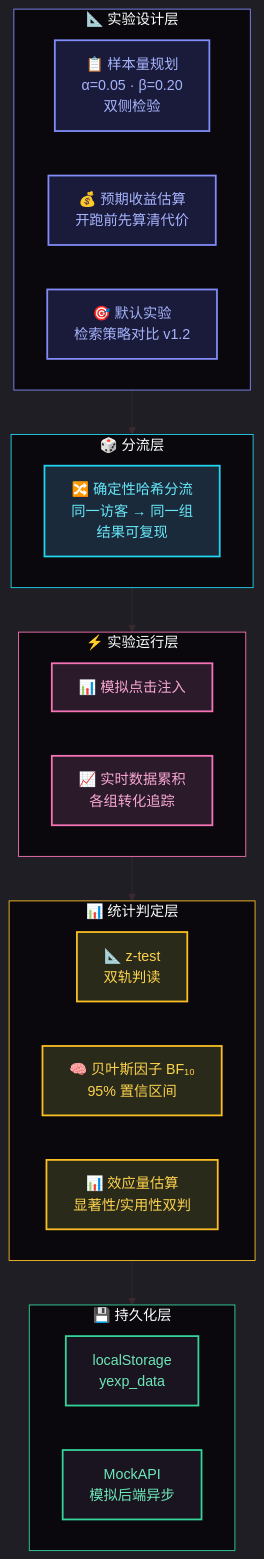
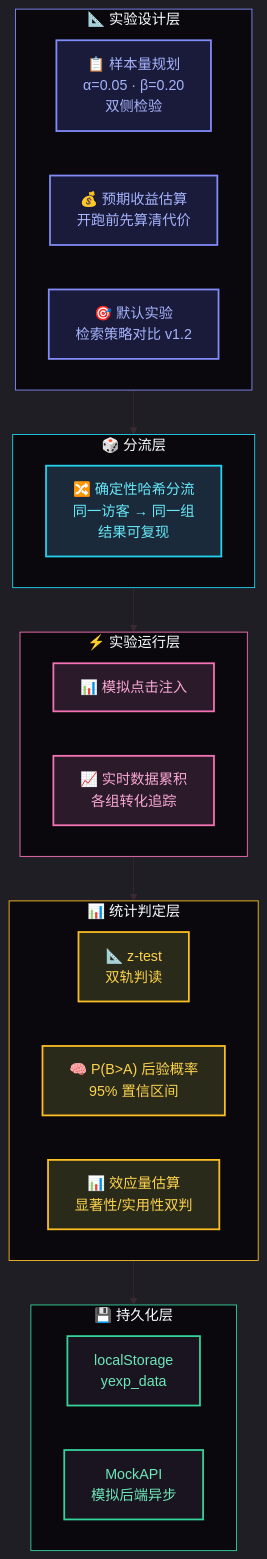
One commit to HelloMInd-star/ymine-validation-hub changed the second of 4 diagrams in README.md. Above: the diagram before and after it, drawn with Mermaid. The commit also changed other lines of this file and 12 other files, not shown here.

````diff
--- a/README.md
+++ b/README.md
@@ -123,54 +124,54 @@
 ```mermaid
 %%{init: {'theme': 'dark', 'themeVariables': {
   'background': '#0a080c',
   'primaryColor': '#818CF8',
   'primaryBorderColor': '#818CF8',
   'primaryTextColor': '#d4c0a8',
   'secondaryColor': '#1a1420',
   'tertiaryColor': '#0e0b10',
   'lineColor': '#3a2a30'
 }}}%%
 graph TB
     subgraph experiment_design["📐 实验设计层"]
         E1["📋 样本量规划<br>α=0.05 · β=0.20<br>双侧检验"]:::design
         E2["💰 预期收益估算<br>开跑前先算清代价"]:::design
         E3["🎯 默认实验<br>检索策略对比 v1.2"]:::design
     end
 
     subgraph traffic_allocation["🎲 分流层"]
         A1["🔀 确定性哈希分流<br>同一访客 → 同一组<br>结果可复现"]:::traffic
     end
 
     subgraph experiment_run["⚡ 实验运行层"]
         R1["📊 模拟点击注入"]:::run
         R2["📈 实时数据累积<br>各组转化追踪"]:::run
     end
 
     subgraph statistical_judgment["📊 统计判定层"]
         J1["📐 z-test<br>双轨判读"]:::judge
-        J2["🧠 贝叶斯因子 BF₁₀<br>95% 置信区间"]:::judge
+        J2["🧠 P(B>A) 后验概率<br>95% 置信区间"]:::judge
         J3["📊 效应量估算<br>显著性/实用性双判"]:::judge
     end
 
     subgraph persistence["💾 持久化层"]
         P1["localStorage<br>yexp_data"]:::persist
         P2["MockAPI<br>模拟后端异步"]:::persist
     end
 
     experiment_design --> traffic_allocation
     traffic_allocation --> experiment_run
     experiment_run --> statistical_judgment
     statistical_judgment --> persistence
 
     classDef design fill:#1a1a3a,stroke:#818CF8,stroke-width:2px,color:#A5B4FC;
     classDef traffic fill:#1a2a3a,stroke:#22D3EE,stroke-width:2px,color:#67E8F9;
     classDef run fill:#2a1a2a,stroke:#F472B6,stroke-width:2px,color:#F9A8D4;
     classDef judge fill:#2a2a1a,stroke:#FBBF24,stroke-width:2px,color:#FCD34D;
     classDef persist fill:#1a1420,stroke:#34D399,stroke-width:2px,color:#6EE7B7;
 
     style experiment_design fill:#0a080c,stroke:#818CF8,stroke-width:1px
     style traffic_allocation fill:#0a080c,stroke:#22D3EE,stroke-width:1px
     style experiment_run fill:#0a080c,stroke:#F472B6,stroke-width:1px
     style statistical_judgment fill:#0a080c,stroke:#FBBF24,stroke-width:1px
     style persistence fill:#0a080c,stroke:#34D399,stroke-width:1px
 ```
````
